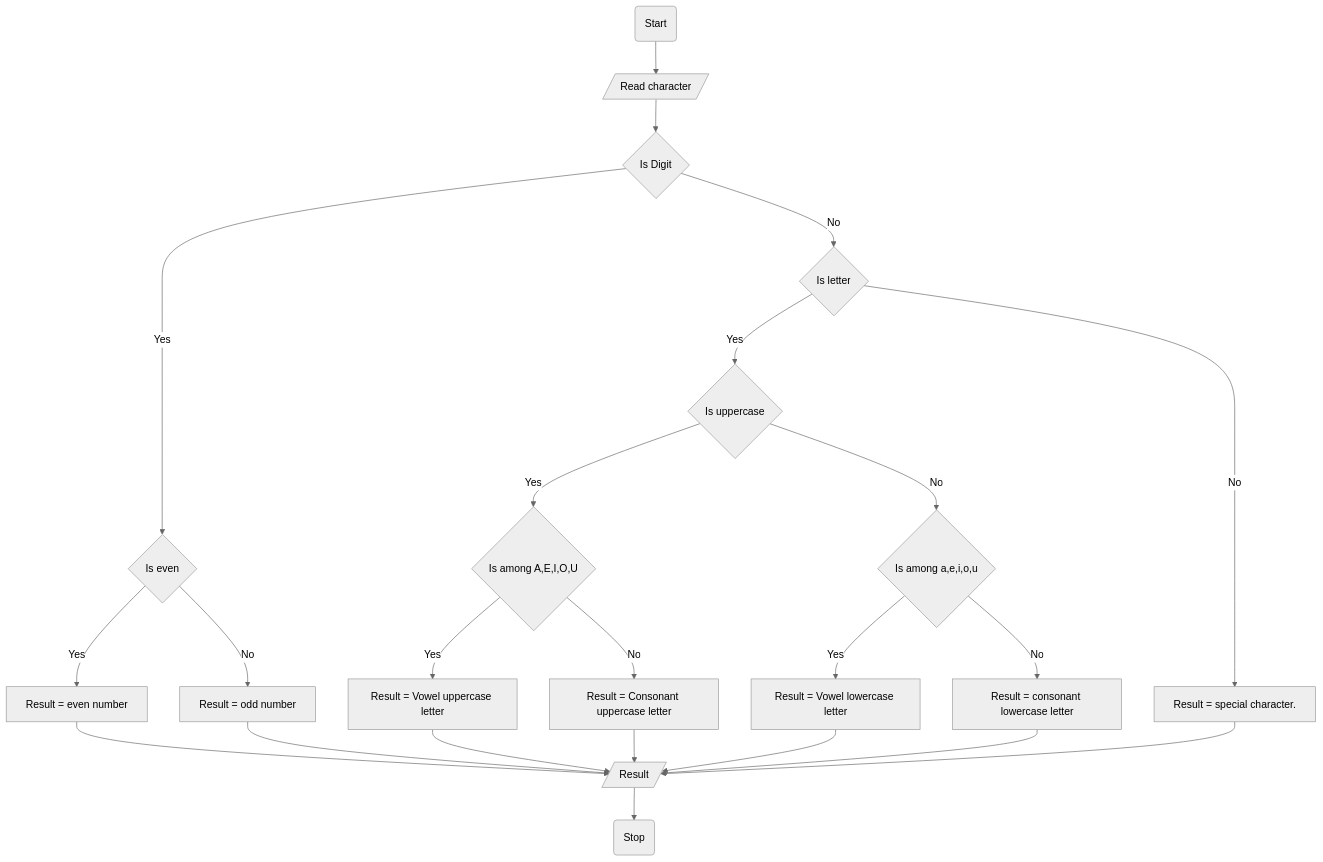
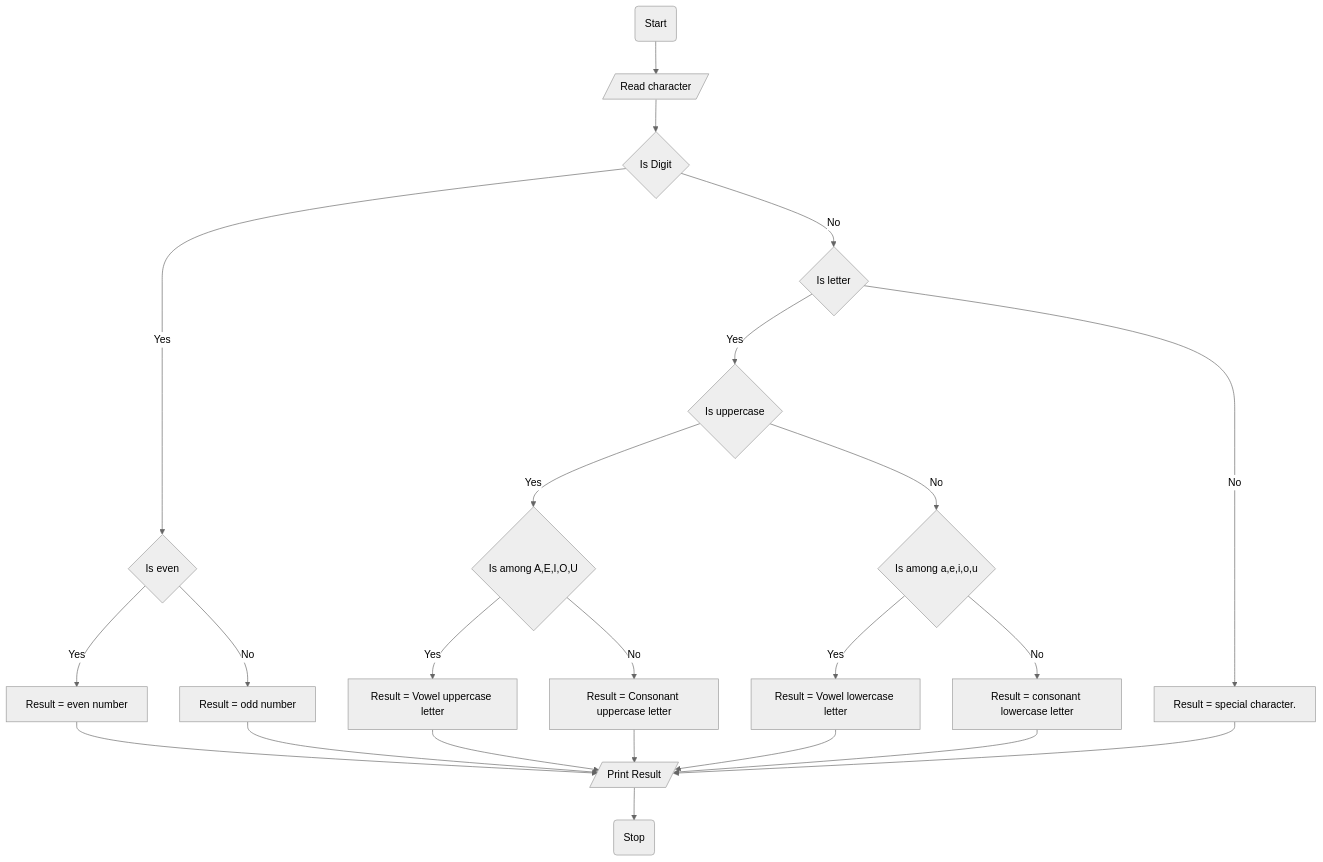
One commit to SWEG-2015EC-Batch/Code-Warrior changed the diagram in ETS1351_15_Yabets_Maregn/symbol_checker/flowchart.md. Above: the diagram before and after it, drawn with Mermaid (neutral theme).

````diff
--- a/ETS1351_15_Yabets_Maregn/symbol_checker/flowchart.md
+++ b/ETS1351_15_Yabets_Maregn/symbol_checker/flowchart.md
@@ -1,25 +1,25 @@
 ```mermaid
 graph TD
 A(Start) --> B[/Read character/]
 B --> C{Is Digit}
 C -- Yes --> D{Is even}
 D -- Yes --> E[Result = even number]
 D -- No --> F[Result = odd number]
 C -- No --> G{Is letter}
 G -- Yes --> H{Is uppercase}
 H -- Yes --> I{Is among A,E,I,O,U}
 I -- Yes -->J[Result = Vowel uppercase letter]
 I -- No --> K[Result = Consonant uppercase letter]
 H -- No --> L{Is among a,e,i,o,u}
 L -- Yes --> M[Result = Vowel lowercase letter]
 L -- No --> N[Result = consonant lowercase letter]
 G -- No --> O[Result = special character.]
-O --> P[/Result/]
-E --> P[/Result/]
-F --> P[/Result/]
-J --> P[/Result/]
-K --> P[/Result/]
-M --> P[/Result/]
-N --> P[/Result/]
+O --> P[/Print Result/]
+E --> P[/Print Result/]
+F --> P[/Print Result/]
+J --> P[/Print Result/]
+K --> P[/Print Result/]
+M --> P[/Print Result/]
+N --> P[/Print Result/]
 P --> Q(Stop)
 ``` 
````
